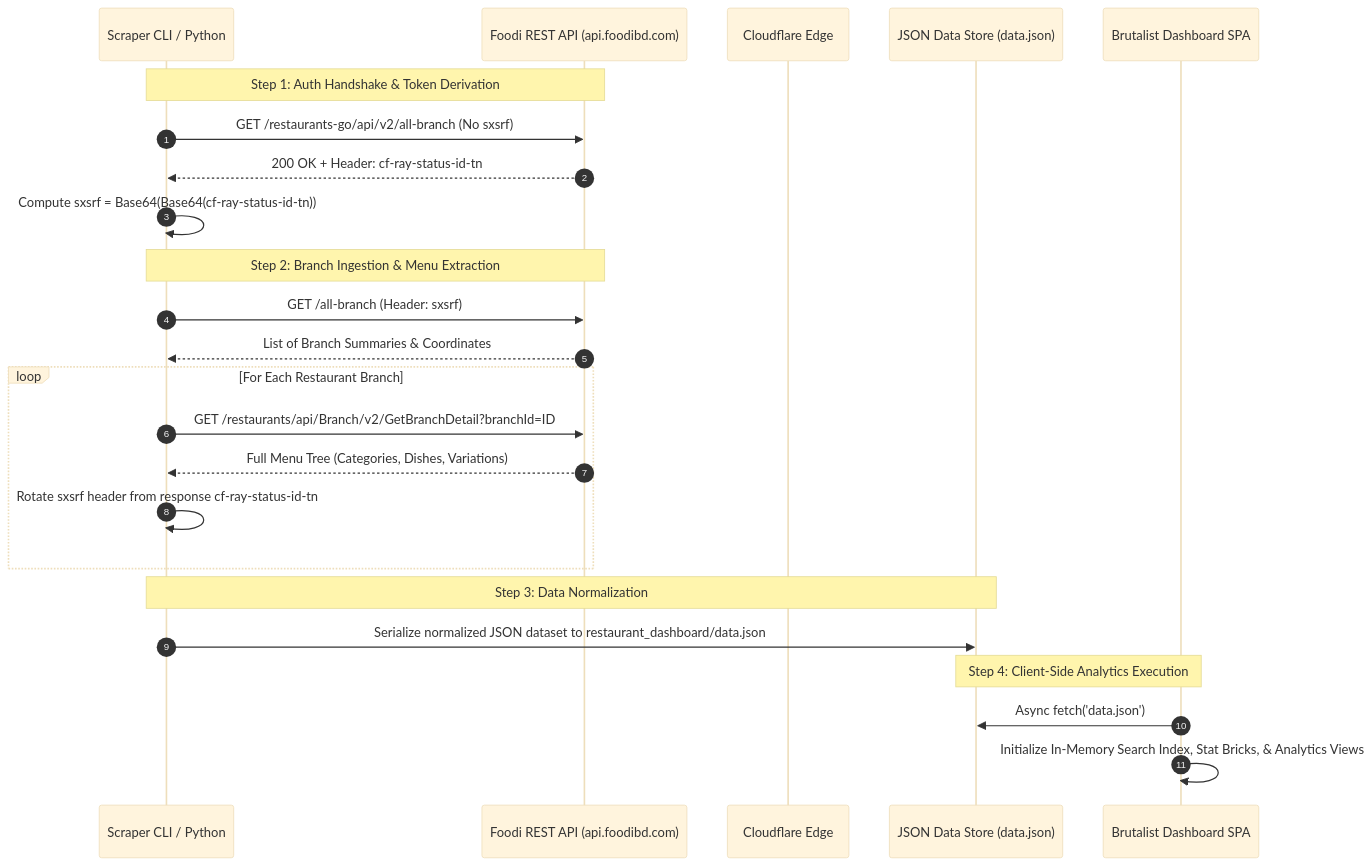
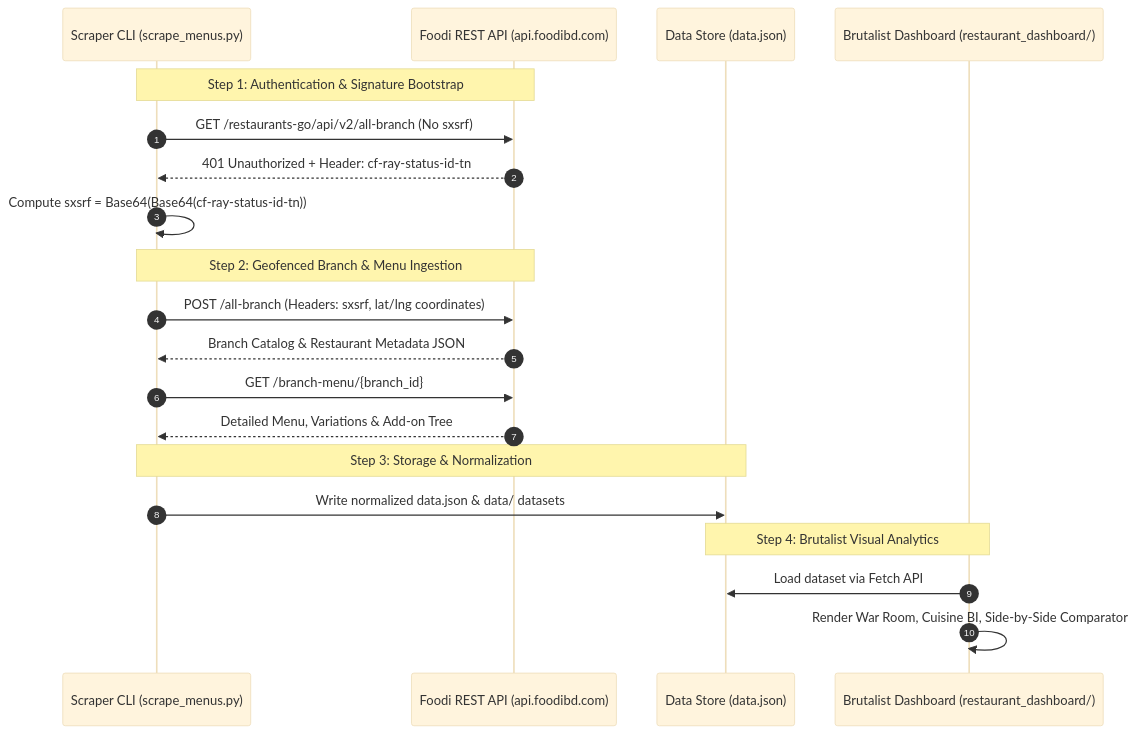
Before and after one commit to ranehal/FooDIE-RESTaurant-Analytics: the diagram in README.md, drawn with Mermaid (base theme). The commit also changed other lines of this file, not shown here.

````diff
--- a/README.md
+++ b/README.md
@@ -46,30 +33,26 @@
 ```mermaid
 sequenceDiagram
     autonumber
-    participant CLI as Scraper CLI / Python
+    participant CLI as Scraper CLI (scrape_menus.py)
     participant API as Foodi REST API (api.foodibd.com)
-    participant CF as Cloudflare Edge
-    participant Store as JSON Data Store (data.json)
-    participant UI as Brutalist Dashboard SPA
+    participant Data as Data Store (data.json)
+    participant UI as Brutalist Dashboard (restaurant_dashboard/)
 
-    Note over CLI, API: Step 1: Auth Handshake & Token Derivation
+    Note over CLI, API: Step 1: Authentication & Signature Bootstrap
     CLI->>API: GET /restaurants-go/api/v2/all-branch (No sxsrf)
-    API-->>CLI: 200 OK + Header: cf-ray-status-id-tn
+    API-->>CLI: 401 Unauthorized + Header: cf-ray-status-id-tn
     CLI->>CLI: Compute sxsrf = Base64(Base64(cf-ray-status-id-tn))
 
-    Note over CLI, API: Step 2: Branch Ingestion & Menu Extraction
-    CLI->>API: GET /all-branch (Header: sxsrf)
-    API-->>CLI: List of Branch Summaries & Coordinates
-    loop For Each Restaurant Branch
-        CLI->>API: GET /restaurants/api/Branch/v2/GetBranchDetail?branchId=ID
-        API-->>CLI: Full Menu Tree (Categories, Dishes, Variations)
-        CLI->>CLI: Rotate sxsrf header from response cf-ray-status-id-tn
-    end
+    Note over CLI, API: Step 2: Geofenced Branch & Menu Ingestion
+    CLI->>API: POST /all-branch (Headers: sxsrf, lat/lng coordinates)
+    API-->>CLI: Branch Catalog & Restaurant Metadata JSON
+    CLI->>API: GET /branch-menu/{branch_id}
+    API-->>CLI: Detailed Menu, Variations & Add-on Tree
 
-    Note over CLI, Store: Step 3: Data Normalization
-    CLI->>Store: Serialize normalized JSON dataset to restaurant_dashboard/data.json
+    Note over CLI, Data: Step 3: Storage & Normalization
+    CLI->>Data: Write normalized data.json & data/ datasets
 
-    Note over UI, Store: Step 4: Client-Side Analytics Execution
-    UI->>Store: Async fetch('data.json')
-    UI->>UI: Initialize In-Memory Search Index, Stat Bricks, & Analytics Views
+    Note over Data, UI: Step 4: Brutalist Visual Analytics
+    UI->>Data: Load dataset via Fetch API
+    UI->>UI: Render War Room, Cuisine BI, Side-by-Side Comparator
 ```
````
